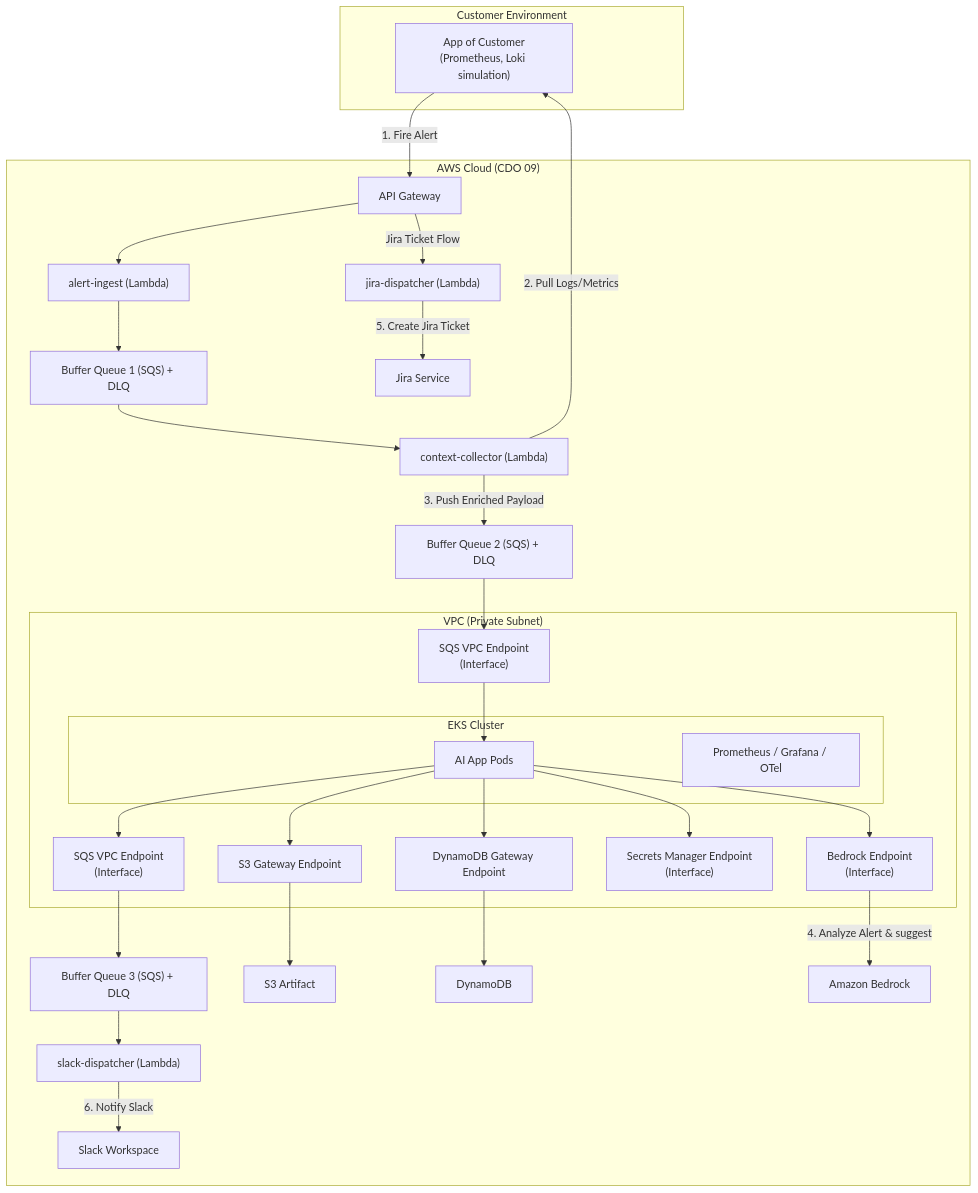
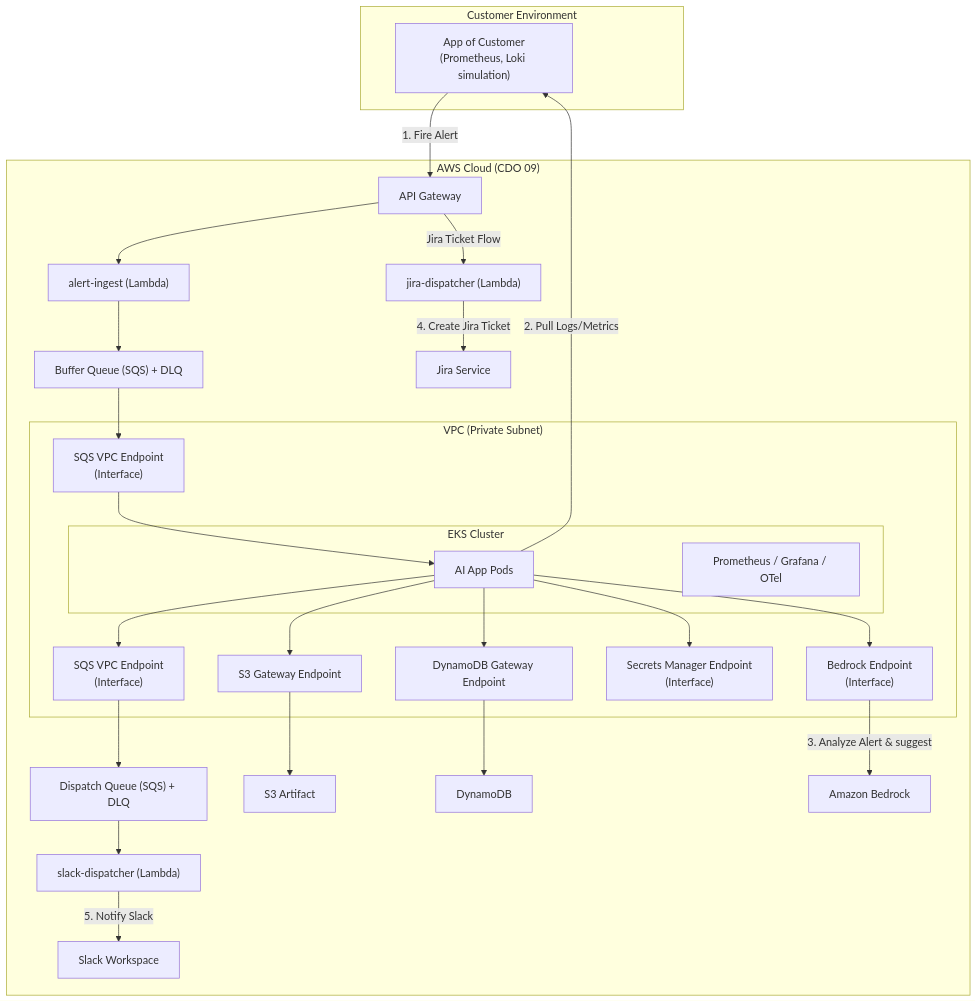
One commit to X-BRAIN-CDO-09/Triage-Hub changed the first of 2 diagrams in docs/reports/02_infra_design.md. Above: the diagram before and after it, drawn with Mermaid. The commit also changed other lines of this file and 1 other file, not shown here.

````diff
--- a/docs/reports/02_infra_design.md
+++ b/docs/reports/02_infra_design.md
@@ -10,59 +10,55 @@
 ```mermaid
 graph TB
     subgraph "Customer Environment"
         CustApp["App of Customer<br>(Prometheus, Loki simulation)"]
     end
 
     subgraph "AWS Cloud (CDO 09)"
         APIGW["API Gateway"]
         LambdaIngest["alert-ingest (Lambda)"]
         JiraDisp["jira-dispatcher (Lambda)"]
-        Queue1["Buffer Queue 1 (SQS) + DLQ"]
-        LambdaCollector["context-collector (Lambda)"]
-        Queue2["Buffer Queue 2 (SQS) + DLQ"]
+        Queue1["Buffer Queue (SQS) + DLQ"]
         
         subgraph "VPC (Private Subnet)"
             SQS_EP1["SQS VPC Endpoint<br>(Interface)"]
             
             subgraph "EKS Cluster"
                 AI_App["AI App Pods"]
                 Monitor["Prometheus / Grafana / OTel"]
             end
             
             S3_EP["S3 Gateway Endpoint"]
             Dynamo_EP["DynamoDB Gateway Endpoint"]
             Bedrock_EP["Bedrock Endpoint<br>(Interface)"]
             SM_EP["Secrets Manager Endpoint<br>(Interface)"]
             SQS_EP2["SQS VPC Endpoint<br>(Interface)"]
         end
         
-        Queue3["Buffer Queue 3 (SQS) + DLQ"]
+        Queue3["Dispatch Queue (SQS) + DLQ"]
         LambdaSlack["slack-dispatcher (Lambda)"]
         
         S3["S3 Artifact"]
         Dynamo["DynamoDB"]
         Bedrock["Amazon Bedrock"]
         Jira["Jira Service"]
         Slack["Slack Workspace"]
     end
 
     CustApp -->|1. Fire Alert| APIGW
     APIGW --> LambdaIngest
     APIGW -->|Jira Ticket Flow| JiraDisp
     LambdaIngest --> Queue1
-    Queue1 --> LambdaCollector
-    LambdaCollector -->|2. Pull Logs/Metrics| CustApp
-    LambdaCollector -->|3. Push Enriched Payload| Queue2
-    Queue2 --> SQS_EP1 --> AI_App
+    Queue1 --> SQS_EP1 --> AI_App
+    AI_App -->|2. Pull Logs/Metrics| CustApp
     
     AI_App --> SM_EP
-    AI_App --> Bedrock_EP -->|4. Analyze Alert & suggest| Bedrock
+    AI_App --> Bedrock_EP -->|3. Analyze Alert & suggest| Bedrock
     AI_App --> S3_EP --> S3
     AI_App --> Dynamo_EP --> Dynamo
     
     AI_App --> SQS_EP2 --> Queue3
     Queue3 --> LambdaSlack
     
-    JiraDisp -->|5. Create Jira Ticket| Jira
-    LambdaSlack -->|6. Notify Slack| Slack
+    JiraDisp -->|4. Create Jira Ticket| Jira
+    LambdaSlack -->|5. Notify Slack| Slack
 ```
````
